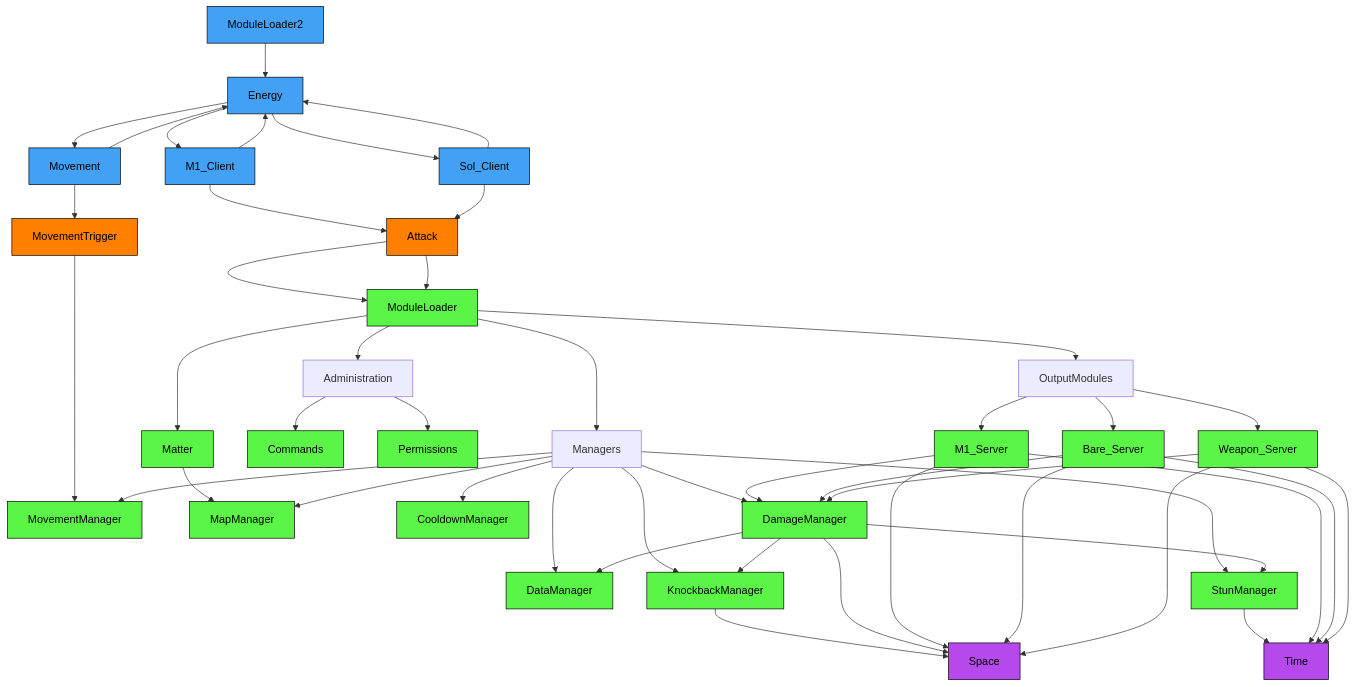
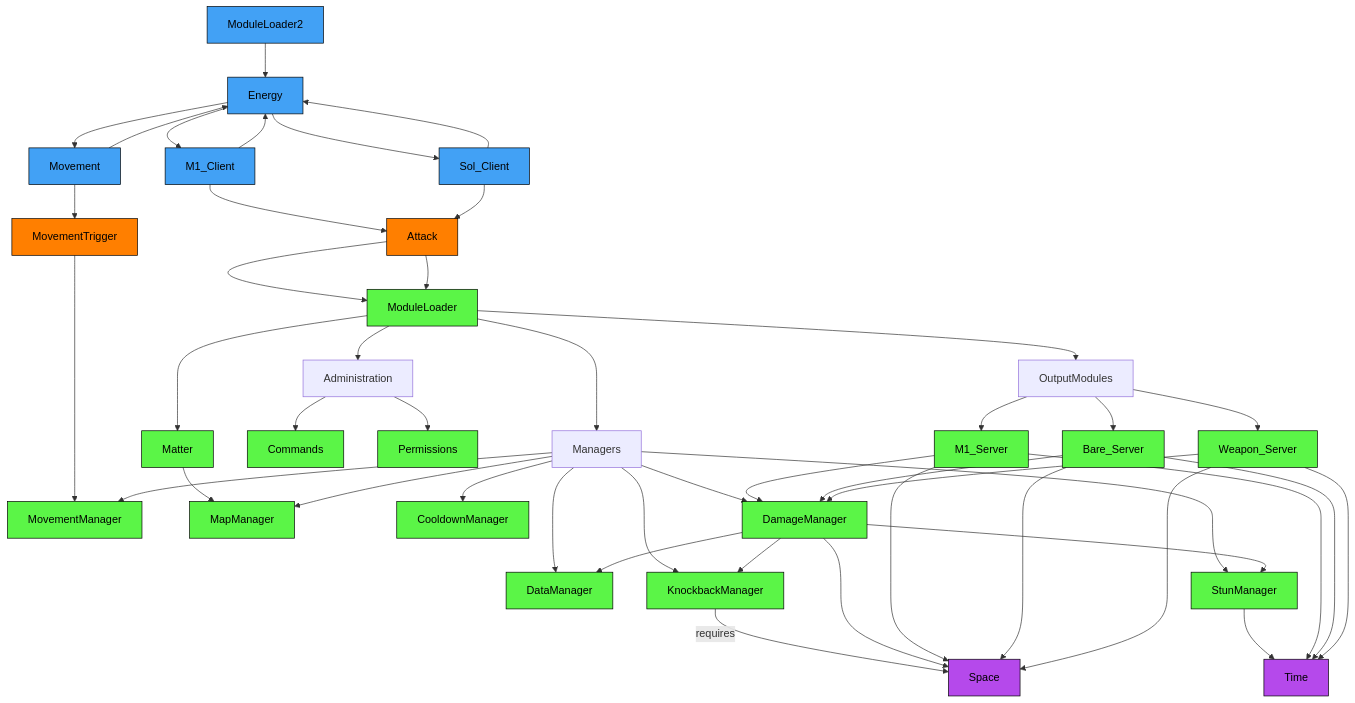
The diagram in README.md (altair5607249/Crusaders-Game), drawn with Mermaid before and after one commit.

````diff
--- a/README.md
+++ b/README.md
@@ -26,48 +26,48 @@
 ```mermaid
 graph TD;
 
   classDef serverNode fill:#5bf547,stroke:#000000,color:#000000
   classDef clientNode fill:#42a1f5,stroke:#000000,color:#000000
   classDef remoteEvent fill:#FF7F00,stroke:#000000,color:#000000
   classDef universalNode fill:#b549eb,stroke:#000000,color:#000000
 
   ModuleLoader2-->Energy;
   Energy-->M1_Client-->Energy;
   Energy-->Sol_Client-->Energy;
   Energy-->Movement-->Energy;
   M1_Client-->Attack-->ModuleLoader;
   Sol_Client-->Attack-->ModuleLoader;
   Movement-->MovementTrigger-->MovementManager;
   ModuleLoader-->Administration;
   ModuleLoader-->Managers;
   ModuleLoader-->OutputModules;
   ModuleLoader-->Matter-->MapManager;
   Administration-->Commands;
   Administration-->Permissions;
   Managers-->CooldownManager;
   Managers-->DamageManager;
   Managers-->DataManager;
   Managers-->KnockbackManager;
   Managers-->MapManager;
   Managers-->MovementManager;
   Managers-->StunManager-->Time;
   OutputModules-->M1_Server-->DamageManager;
   OutputModules-->Bare_Server-->DamageManager;
   OutputModules-->Weapon_Server-->DamageManager;
-  KnockbackManager-->Space;
+  KnockbackManager-->|requires| Space;
   DamageManager-->Space;
   DamageManager-->DataManager;
   DamageManager-->KnockbackManager;
   DamageManager-->StunManager;
   M1_Server-->Time;
   Bare_Server-->Time;
   Weapon_Server-->Time;
   M1_Server-->Space;
   Bare_Server-->Space;
   Weapon_Server-->Space;
 
   class ModuleLoader,M1_Server,Bare_Server,Weapon_Server,MovementManager,Commands,Permissions,CooldownManager,DamageManager,DataManager,KnockbackManager,MapManager,MovementManager,StunManager,Matter serverNode;
   class ModuleLoader2,Energy,M1_Client,Sol_Client,Movement clientNode;
   class Attack,MovementTrigger remoteEvent;
   class Space,Time universalNode;
 ```
````
